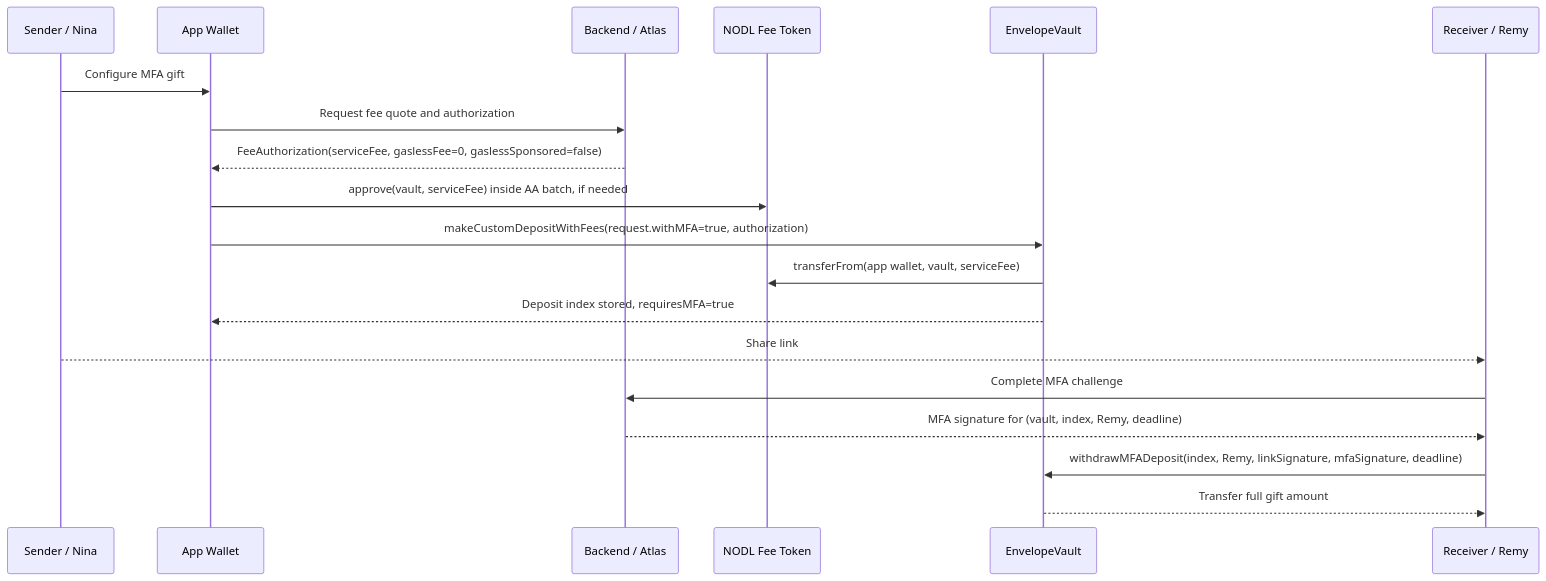
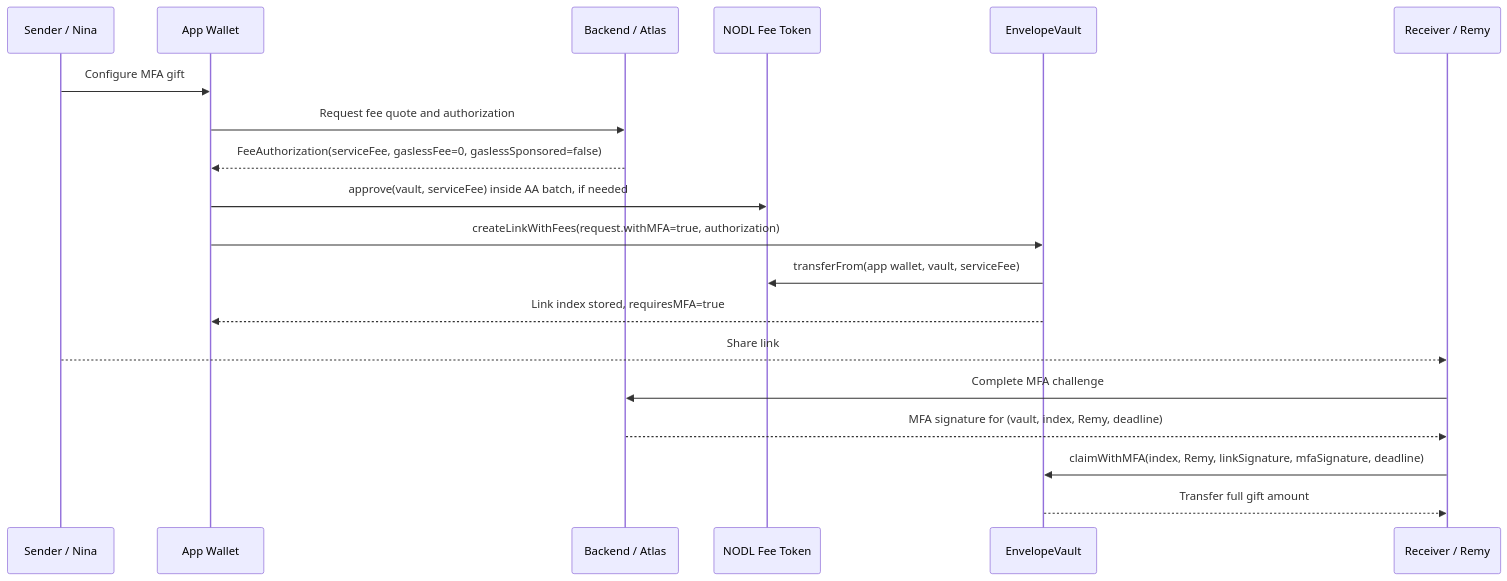
One commit to NodleCode/rollup changed the fourth of 5 diagrams in src/envelope/doc/EnvelopeVault.md. Above: the diagram before and after it, drawn with Mermaid. The commit also changed other lines of this file and 16 other files, not shown here.

First line of the commit message:
refactor(envelope): rename API for clarity — deposit→link, withdraw→claim/reclaim

````diff
--- a/src/envelope/doc/EnvelopeVault.md
+++ b/src/envelope/doc/EnvelopeVault.md
@@ -130,22 +137,22 @@
 ```mermaid
 sequenceDiagram
     participant Nina as Sender / Nina
     participant Wallet as App Wallet
     participant Atlas as Backend / Atlas
     participant FeeToken as NODL Fee Token
     participant Vault as EnvelopeVault
     participant Remy as Receiver / Remy
 
     Nina->>Wallet: Configure MFA gift
     Wallet->>Atlas: Request fee quote and authorization
     Atlas-->>Wallet: FeeAuthorization(serviceFee, gaslessFee=0, gaslessSponsored=false)
     Wallet->>FeeToken: approve(vault, serviceFee) inside AA batch, if needed
-    Wallet->>Vault: makeCustomDepositWithFees(request.withMFA=true, authorization)
+    Wallet->>Vault: createLinkWithFees(request.withMFA=true, authorization)
     Vault->>FeeToken: transferFrom(app wallet, vault, serviceFee)
-    Vault-->>Wallet: Deposit index stored, requiresMFA=true
+    Vault-->>Wallet: Link index stored, requiresMFA=true
     Nina-->>Remy: Share link
     Remy->>Atlas: Complete MFA challenge
     Atlas-->>Remy: MFA signature for (vault, index, Remy, deadline)
-    Remy->>Vault: withdrawMFADeposit(index, Remy, linkSignature, mfaSignature, deadline)
+    Remy->>Vault: claimWithMFA(index, Remy, linkSignature, mfaSignature, deadline)
     Vault-->>Remy: Transfer full gift amount
 ```
````
